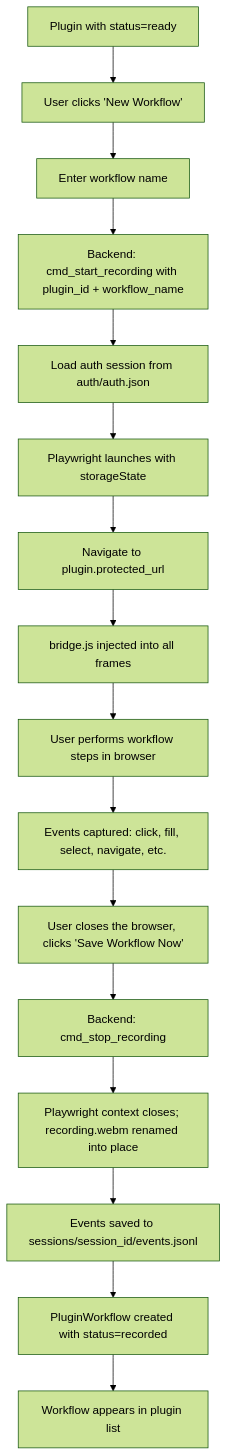
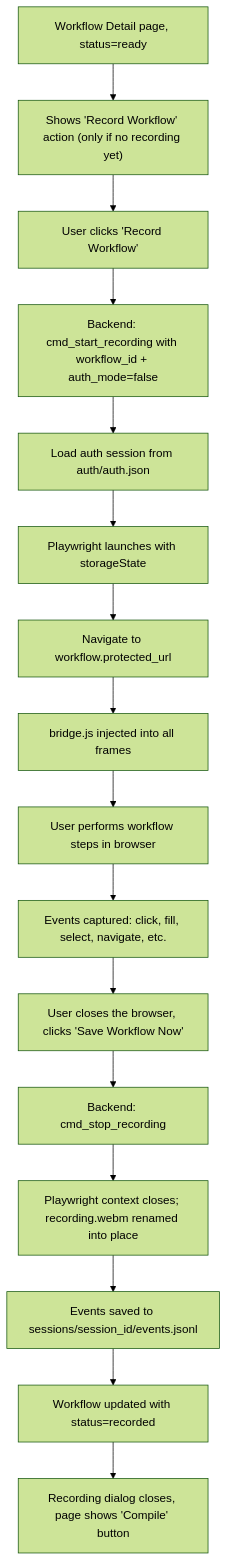
Before and after one commit to Cannonbold2412/CONXA: the fifth of 19 diagrams in docs/App-Flow.md, drawn with Mermaid (forest theme). The commit also changed other lines of this file and 8 other files, not shown here.

First line of the commit message:
docs: update TRD/PRD/Backend-Schema/UI-UX-Brief for Workflow/SkillPack and pricing ladder

````diff
--- a/docs/App-Flow.md
+++ b/docs/App-Flow.md
@@ -139,18 +141,18 @@
 ```mermaid
 flowchart TD
-    A[Plugin with status=ready] --> B[User clicks 'New Workflow']
-    B --> C[Enter workflow name]
-    C --> D[Backend: cmd_start_recording with plugin_id + workflow_name]
+    A["Workflow Detail page, status=ready"] --> B["Shows 'Record Workflow' action (only if no recording yet)"]
+    B --> C[User clicks 'Record Workflow']
+    C --> D[Backend: cmd_start_recording with workflow_id + auth_mode=false]
     D --> E[Load auth session from auth/auth.json]
     E --> F[Playwright launches with storageState]
-    F --> G[Navigate to plugin.protected_url]
+    F --> G[Navigate to workflow.protected_url]
     G --> H[bridge.js injected into all frames]
     H --> I[User performs workflow steps in browser]
     I --> J[Events captured: click, fill, select, navigate, etc.]
     J --> K[User closes the browser, clicks 'Save Workflow Now']
     K --> L[Backend: cmd_stop_recording]
     L --> L2[Playwright context closes; recording.webm renamed into place]
     L2 --> M[Events saved to sessions/session_id/events.jsonl]
-    M --> N[PluginWorkflow created with status=recorded]
-    N --> O[Workflow appears in plugin list]
+    M --> N[Workflow updated with status=recorded]
+    N --> O[Recording dialog closes, page shows 'Compile' button]
 ```
````
